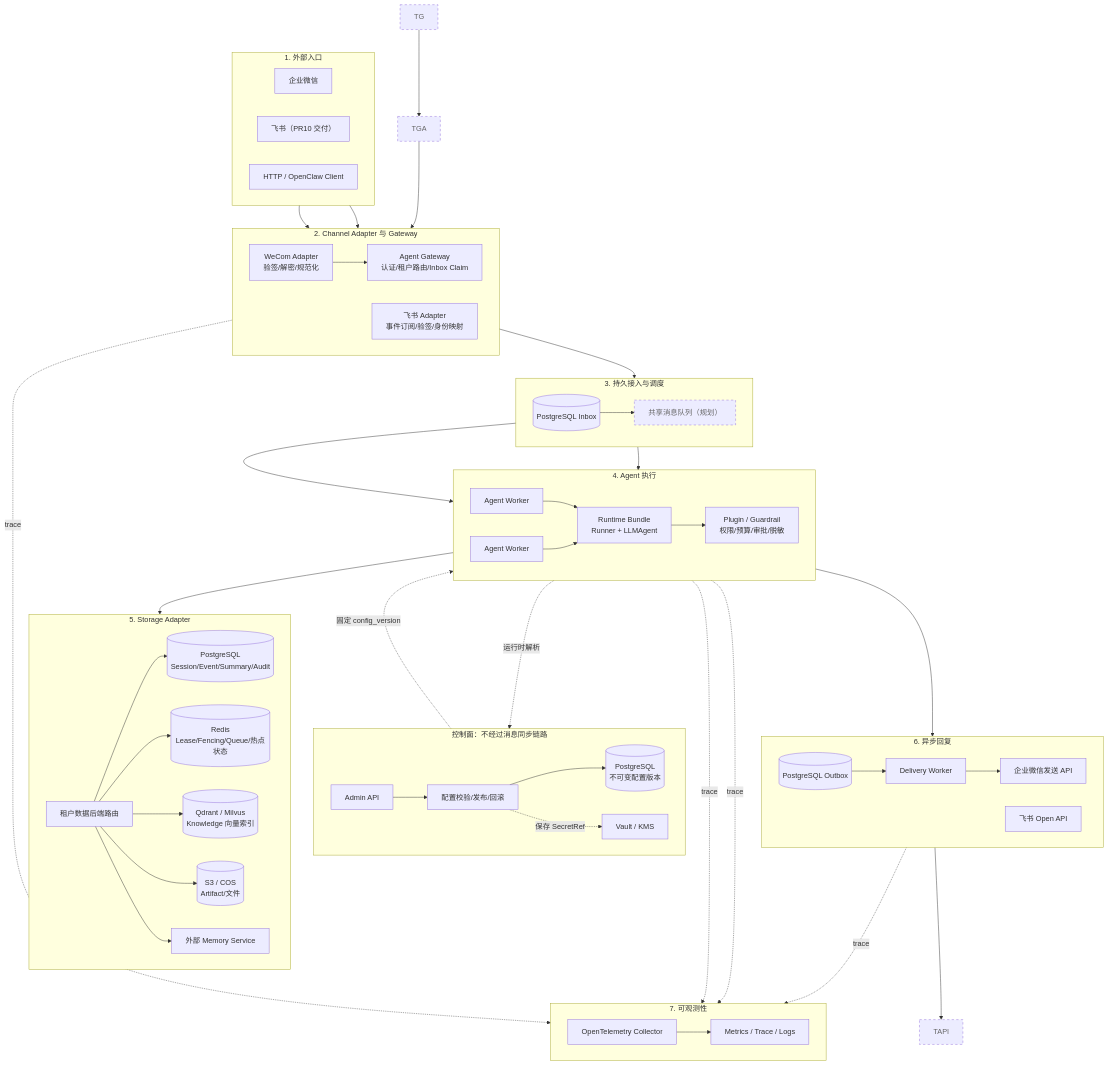
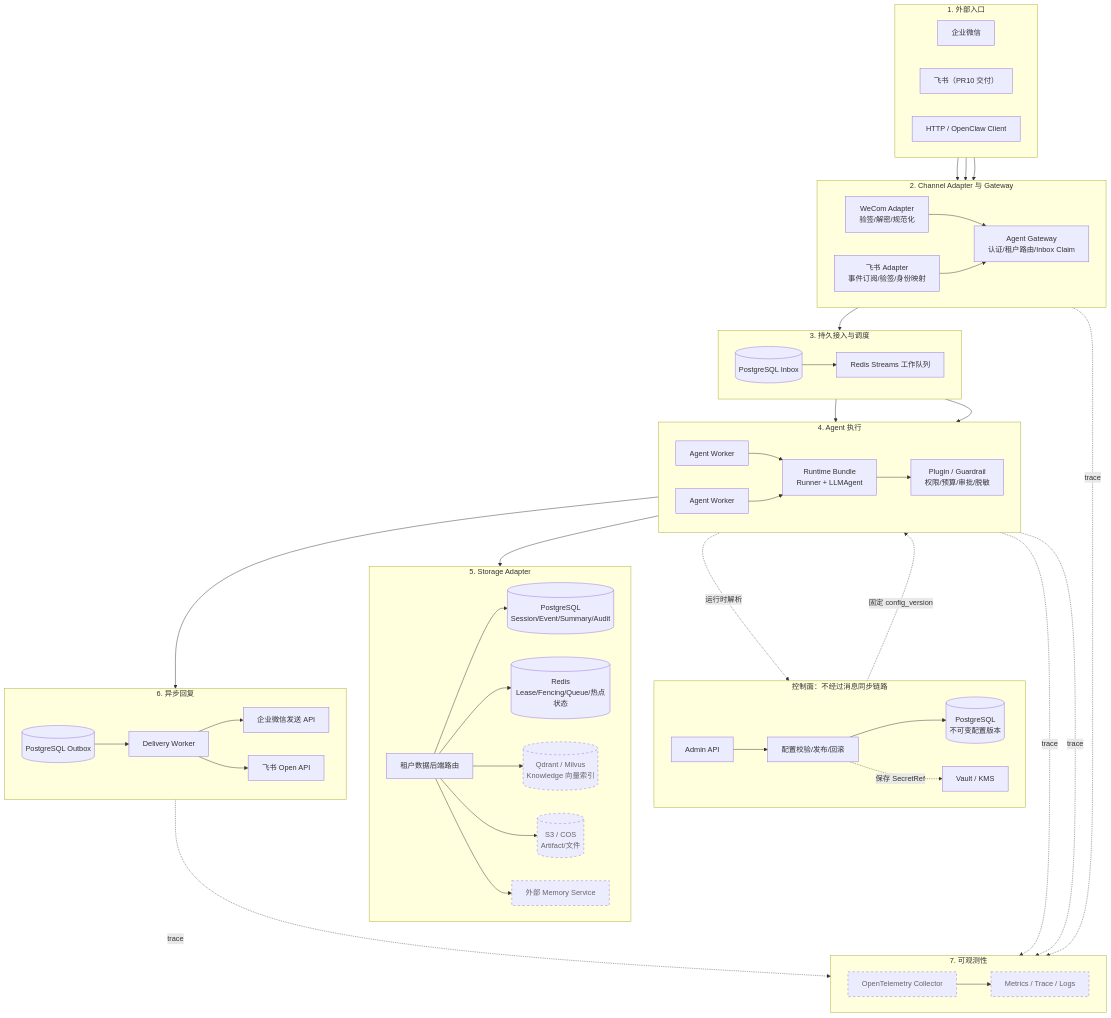
Before and after one commit to Skylm808/trpc-agent-service: the first of 2 diagrams in docs/architecture.md, drawn with Mermaid. The commit also changed other lines of this file and 32 other files, not shown here.

````diff
--- a/docs/architecture.md
+++ b/docs/architecture.md
@@ -39,7 +39,7 @@
     subgraph DURABLE["3. 持久接入与调度"]
         direction LR
         INBOX[(PostgreSQL Inbox)]
-        MQ[共享消息队列（规划）]
+        MQ[Redis Streams 工作队列]
     end
 
     subgraph RUNTIME["4. Agent 执行"]
@@ -75,10 +75,10 @@
     end
 
     WC --> WCA
-    TG --> TGA
+    FS --> FSA
     HC --> GW
     WCA --> GW
-    TGA --> GW
+    FSA --> GW
     GW --> INBOX --> MQ
     MQ --> WK1
     MQ --> WK2
@@ -93,7 +93,7 @@
     ROUTER --> MEMORY
     GOV --> OUTBOX --> OUT
     OUT --> WAPI
-    OUT --> TAPI
+    OUT --> FAPI
     ADMIN --> CFG --> CONFIG
     CFG -. 保存 SecretRef .-> SECRET
     CONFIG -. 固定 config_version .-> RB
@@ -105,5 +105,5 @@
     OTEL --> MON
 
     classDef planned stroke-dasharray: 5 5,color:#666;
-    class TG,TGA,MQ,TAPI planned;
+    class VECTOR,OBJECT,MEMORY,OTEL,MON planned;
 ```
````
